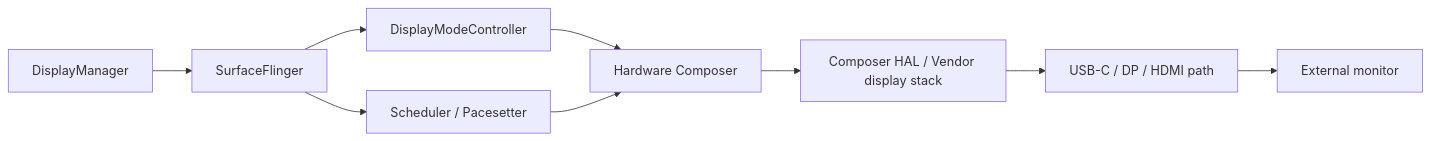
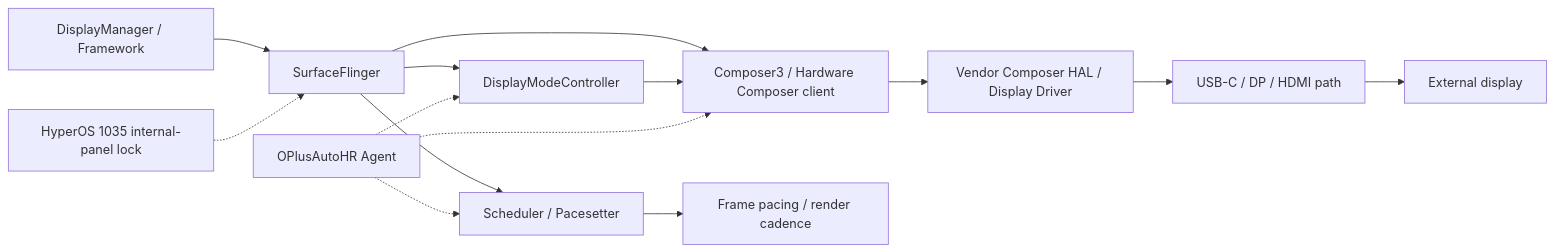
Before and after one commit to Kimuinaii/OPlusAutoHR: the fifth of 6 diagrams in README.md, drawn with Mermaid. The commit also changed other lines of this file, not shown here.

Commit message:
docs: correct architecture flow to match Canary 1.0 runtime

````diff
--- a/README.md
+++ b/README.md
@@ -446,11 +513,17 @@
 ```mermaid
 flowchart LR
-    A[DisplayManager] --> B[SurfaceFlinger]
-    B --> C[DisplayModeController]
-    B --> D[Scheduler / Pacesetter]
-    C --> E[Hardware Composer]
-    D --> E
-    E --> F[Composer HAL / Vendor display stack]
-    F --> G[USB-C / DP / HDMI path]
-    G --> H[External monitor]
+    A["DisplayManager / Framework"] --> B["SurfaceFlinger"]
+    B --> C["DisplayModeController"]
+    B --> D["Scheduler / Pacesetter"]
+    B --> E["Composer3 / Hardware Composer client"]
+    C --> E
+    E --> F["Vendor Composer HAL / Display Driver"]
+    F --> G["USB-C / DP / HDMI path"]
+    G --> H["External display"]
+    D --> I["Frame pacing / render cadence"]
+
+    O["OPlusAutoHR Agent"] -.-> C
+    O -.-> D
+    O -.-> E
+    X["HyperOS 1035 internal-panel lock"] -.-> B
 ```
````
